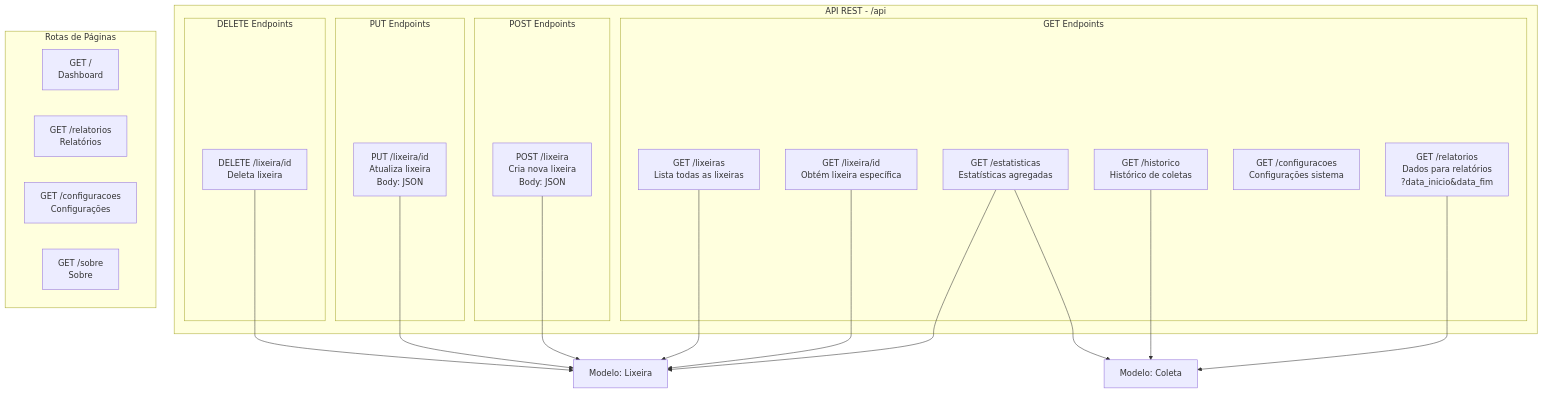
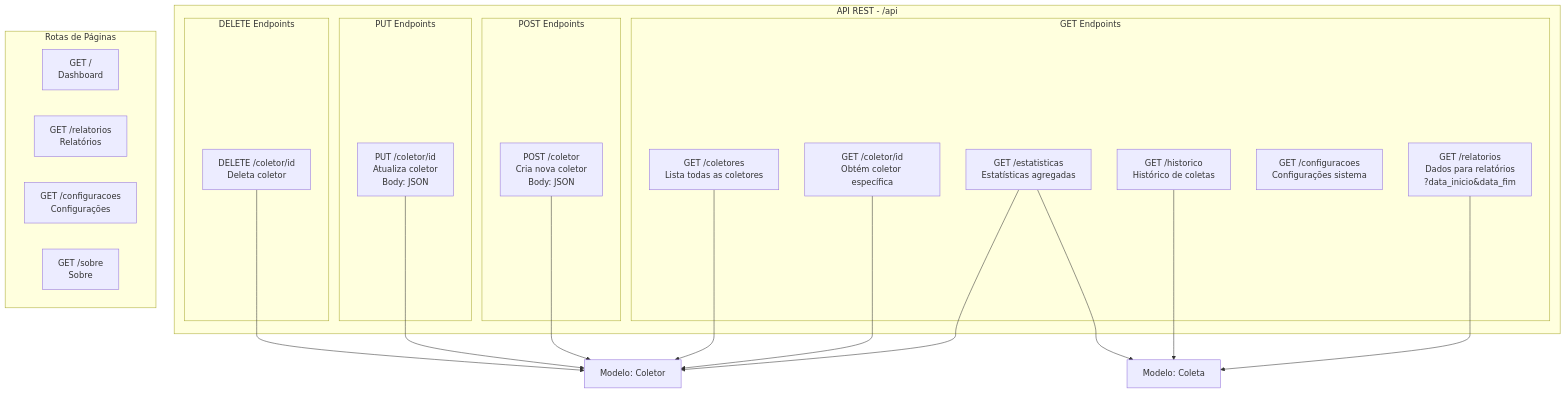
Before and after one commit to natanheringer/Dashboard-TRONIK: the sixth of 7 diagrams in ARQUITETURA.md, drawn with Mermaid. The commit also changed other lines of this file and 29 other files, not shown here.

````diff
--- a/ARQUITETURA.md
+++ b/ARQUITETURA.md
@@ -363,42 +363,42 @@
 ```mermaid
 graph TB
     subgraph "API REST - /api"
         subgraph "GET Endpoints"
-            G1[GET /lixeiras<br/>Lista todas as lixeiras]
-            G2[GET /lixeira/id<br/>Obtém lixeira específica]
+            G1[GET /coletores<br/>Lista todas as coletores]
+            G2[GET /coletor/id<br/>Obtém coletor específica]
             G3[GET /estatisticas<br/>Estatísticas agregadas]
             G4[GET /historico<br/>Histórico de coletas]
             G5[GET /configuracoes<br/>Configurações sistema]
             G6[GET /relatorios<br/>Dados para relatórios<br/>?data_inicio&data_fim]
         end
         
         subgraph "POST Endpoints"
-            P1[POST /lixeira<br/>Cria nova lixeira<br/>Body: JSON]
+            P1[POST /coletor<br/>Cria nova coletor<br/>Body: JSON]
         end
         
         subgraph "PUT Endpoints"
-            U1[PUT /lixeira/id<br/>Atualiza lixeira<br/>Body: JSON]
+            U1[PUT /coletor/id<br/>Atualiza coletor<br/>Body: JSON]
         end
         
         subgraph "DELETE Endpoints"
-            D1[DELETE /lixeira/id<br/>Deleta lixeira]
+            D1[DELETE /coletor/id<br/>Deleta coletor]
         end
     end
     
     subgraph "Rotas de Páginas"
         R1[GET /<br/>Dashboard]
         R2[GET /relatorios<br/>Relatórios]
         R3[GET /configuracoes<br/>Configurações]
         R4[GET /sobre<br/>Sobre]
     end
     
-    G1 --> ModelLixeira[Modelo: Lixeira]
+    G1 --> ModelLixeira[Modelo: Coletor]
     G2 --> ModelLixeira
     G3 --> ModelLixeira
     G3 --> ModelColeta[Modelo: Coleta]
     G4 --> ModelColeta
     G6 --> ModelColeta
     P1 --> ModelLixeira
     U1 --> ModelLixeira
     D1 --> ModelLixeira
 ```
````
